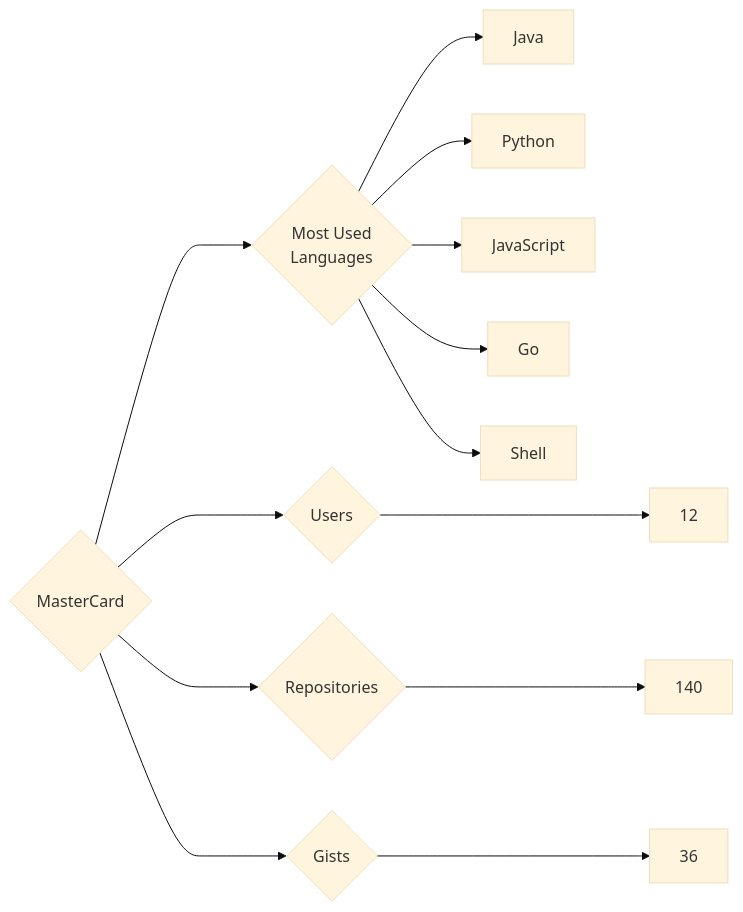
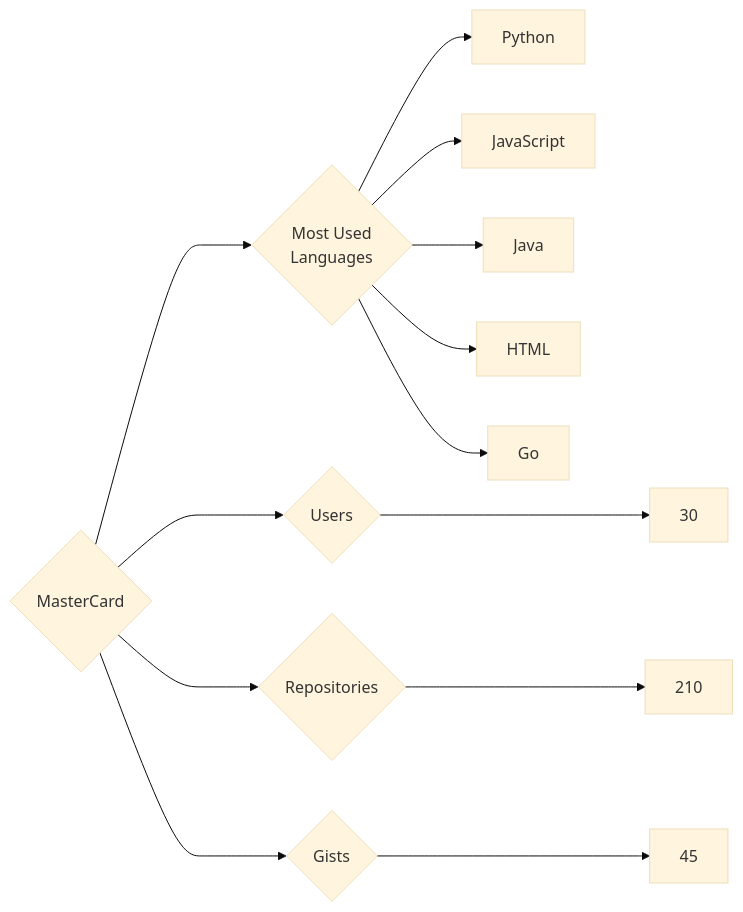
Before and after one commit to trickest/insiders: the diagram in targets/MasterCard/README.md, drawn with Mermaid (base theme). The commit also changed 895 other files, not shown here.

````diff
--- a/targets/MasterCard/README.md
+++ b/targets/MasterCard/README.md
@@ -3,13 +3,13 @@
 ```mermaid
 graph LR
 COMPANY_NAME{MasterCard}
-COMPANY_NAME ---> U{Users} ---> UN[12]
-COMPANY_NAME ---> R{Repositories} ---> RN[140]
-COMPANY_NAME ---> G{Gists} ---> GN[36]
+COMPANY_NAME ---> U{Users} ---> UN[30]
+COMPANY_NAME ---> R{Repositories} ---> RN[210]
+COMPANY_NAME ---> G{Gists} ---> GN[45]
 COMPANY_NAME ---> ML{Most Used<br>Languages}
-ML --> Java[Java]
 ML --> Python[Python]
 ML --> JavaScript[JavaScript]
+ML --> Java[Java]
+ML --> HTML[HTML]
 ML --> Go[Go]
-ML --> Shell[Shell]
 ```
````
